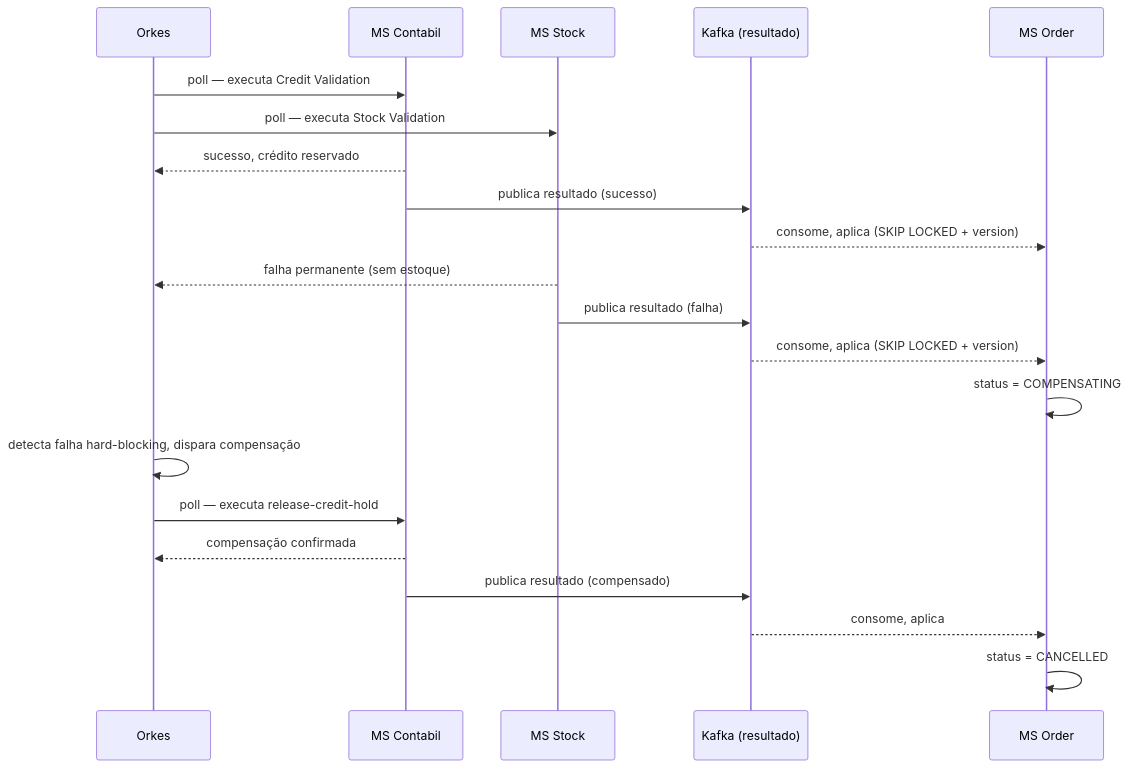
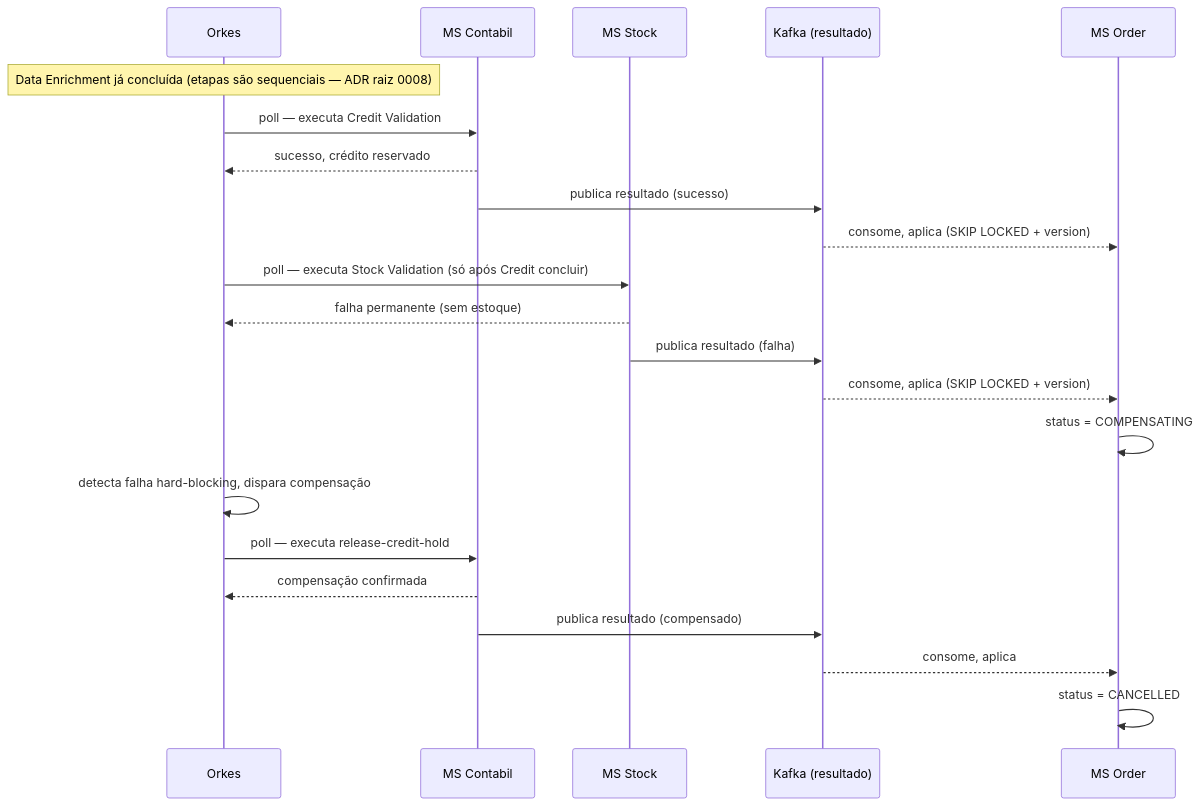
One commit to george-bonespirito/uncle-bob-best-practices-with-ia changed the third of 3 diagrams in app/docs/specs/order-processing-prd.md. Above: the diagram before and after it, drawn with Mermaid. The commit also changed other lines of this file and 23 other files, not shown here.

````diff
--- a/app/docs/specs/order-processing-prd.md
+++ b/app/docs/specs/order-processing-prd.md
@@ -248,24 +258,25 @@
 ```mermaid
 sequenceDiagram
     participant Orkes
     participant Credit as MS Contabil
     participant Stock as MS Stock
     participant OrderKafka as Kafka (resultado)
     participant Order as MS Order
 
+    Note over Orkes: Data Enrichment já concluída (etapas são sequenciais — ADR raiz 0008)
     Orkes->>Credit: poll — executa Credit Validation
-    Orkes->>Stock: poll — executa Stock Validation
     Credit-->>Orkes: sucesso, crédito reservado
     Credit->>OrderKafka: publica resultado (sucesso)
     OrderKafka-->>Order: consome, aplica (SKIP LOCKED + version)
+    Orkes->>Stock: poll — executa Stock Validation (só após Credit concluir)
     Stock-->>Orkes: falha permanente (sem estoque)
     Stock->>OrderKafka: publica resultado (falha)
     OrderKafka-->>Order: consome, aplica (SKIP LOCKED + version)
     Order->>Order: status = COMPENSATING
     Orkes->>Orkes: detecta falha hard-blocking, dispara compensação
     Orkes->>Credit: poll — executa release-credit-hold
     Credit-->>Orkes: compensação confirmada
     Credit->>OrderKafka: publica resultado (compensado)
     OrderKafka-->>Order: consome, aplica
     Order->>Order: status = CANCELLED
 ```
````
